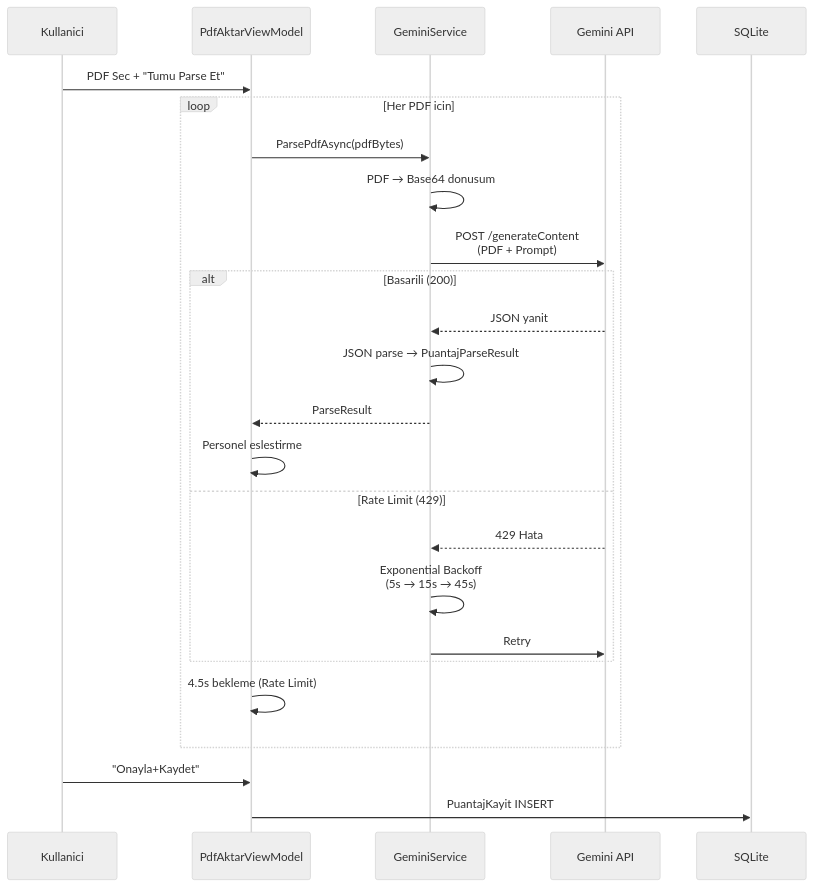
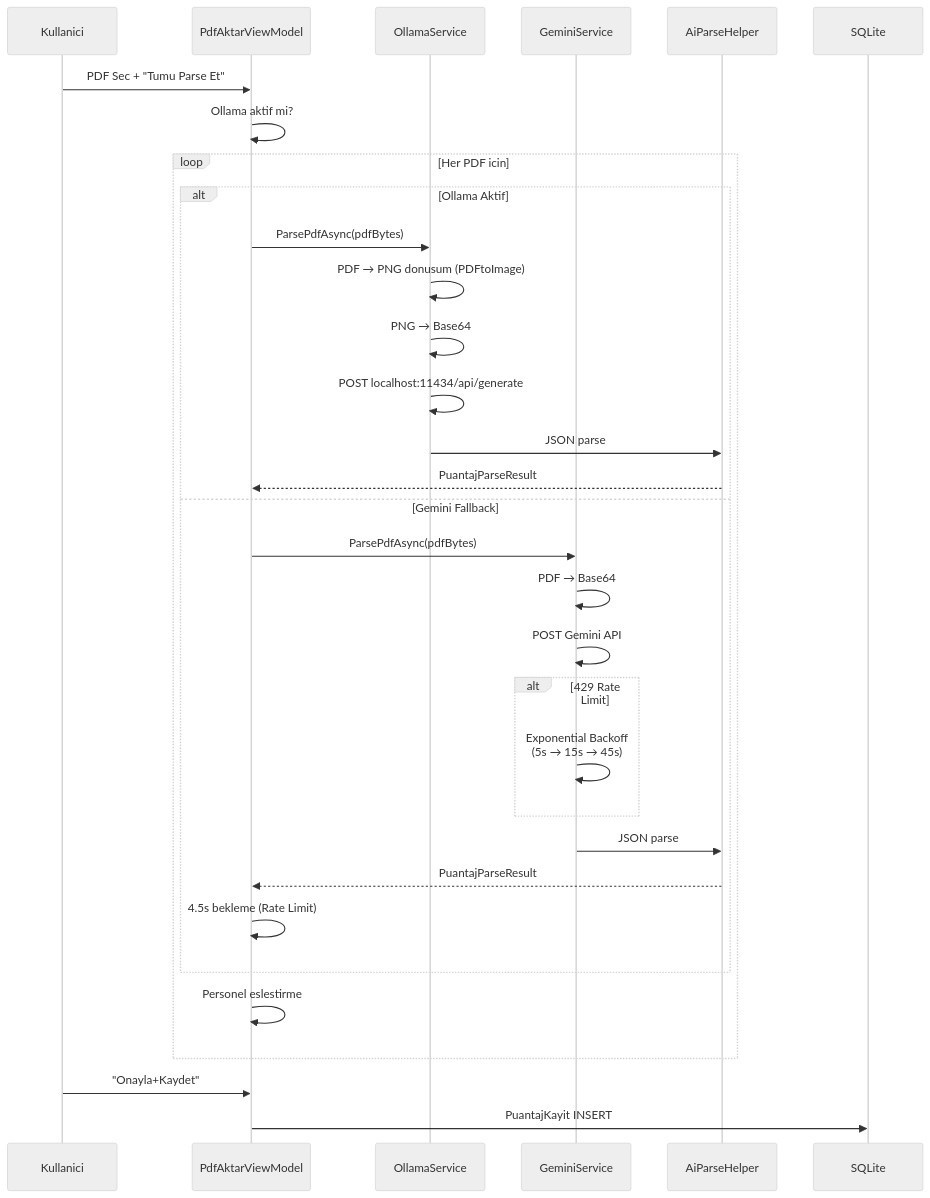
The third of 5 diagrams in README.md (murataslan1/puantaj-app), drawn with Mermaid (neutral theme) before and after one commit. The commit also changed other lines of this file, not shown here.

First line of the commit message:
README: Ollama destegi, unit testler, guncel mimari diyagramlari

````diff
--- a/README.md
+++ b/README.md
@@ -464,28 +548,36 @@
 ```mermaid
 sequenceDiagram
     participant U as Kullanici
     participant App as PdfAktarViewModel
+    participant OS as OllamaService
     participant GS as GeminiService
-    participant API as Gemini API
+    participant APH as AiParseHelper
     participant DB as SQLite
 
     U->>App: PDF Sec + "Tumu Parse Et"
+    App->>App: Ollama aktif mi?
+
     loop Her PDF icin
-        App->>GS: ParsePdfAsync(pdfBytes)
-        GS->>GS: PDF → Base64 donusum
-        GS->>API: POST /generateContent<br/>(PDF + Prompt)
-        alt Basarili (200)
-            API-->>GS: JSON yanit
-            GS->>GS: JSON parse → PuantajParseResult
-            GS-->>App: ParseResult
-            App->>App: Personel eslestirme
-        else Rate Limit (429)
-            API-->>GS: 429 Hata
-            GS->>GS: Exponential Backoff<br/>(5s → 15s → 45s)
-            GS->>API: Retry
+        alt Ollama Aktif
+            App->>OS: ParsePdfAsync(pdfBytes)
+            OS->>OS: PDF → PNG donusum (PDFtoImage)
+            OS->>OS: PNG → Base64
+            OS->>OS: POST localhost:11434/api/generate
+            OS->>APH: JSON parse
+            APH-->>App: PuantajParseResult
+        else Gemini Fallback
+            App->>GS: ParsePdfAsync(pdfBytes)
+            GS->>GS: PDF → Base64
+            GS->>GS: POST Gemini API
+            alt 429 Rate Limit
+                GS->>GS: Exponential Backoff<br/>(5s → 15s → 45s)
+            end
+            GS->>APH: JSON parse
+            APH-->>App: PuantajParseResult
+            App->>App: 4.5s bekleme (Rate Limit)
         end
-        App->>App: 4.5s bekleme (Rate Limit)
+        App->>App: Personel eslestirme
     end
     U->>App: "Onayla+Kaydet"
     App->>DB: PuantajKayit INSERT
 ```
````
